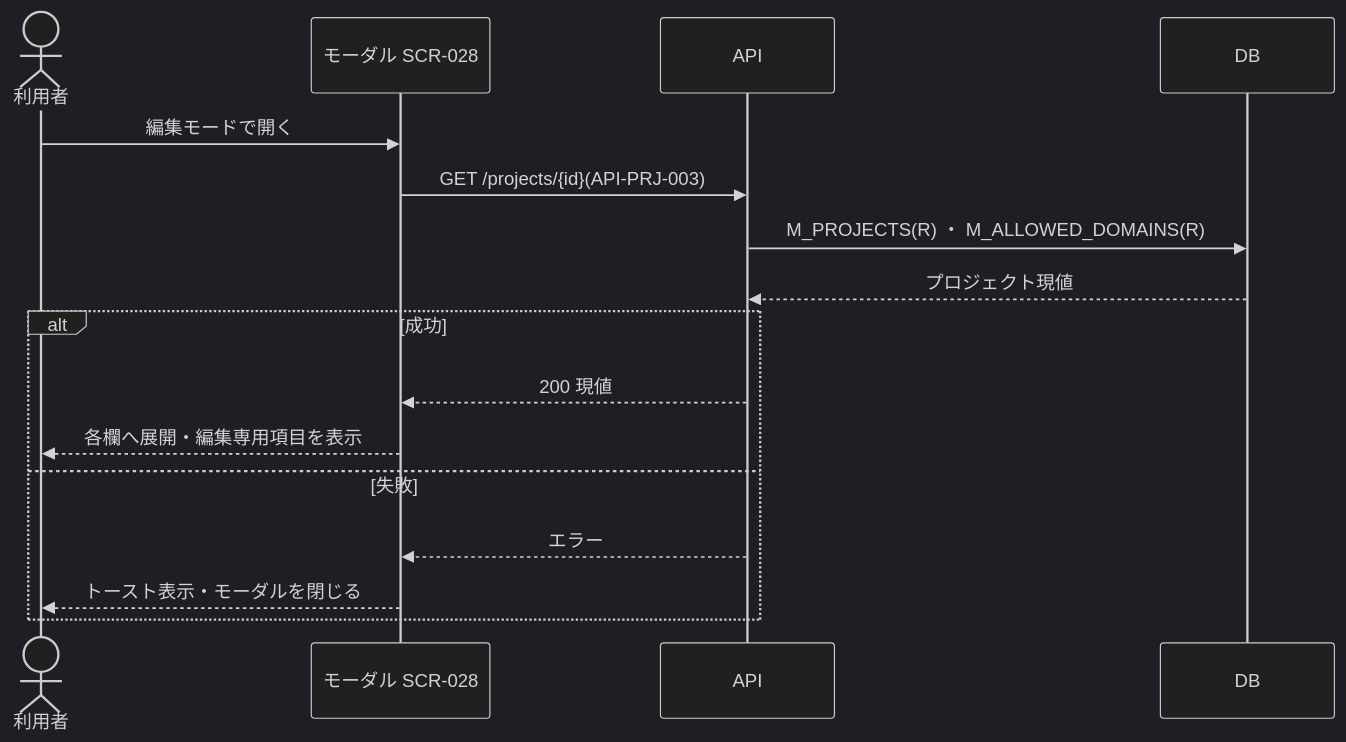
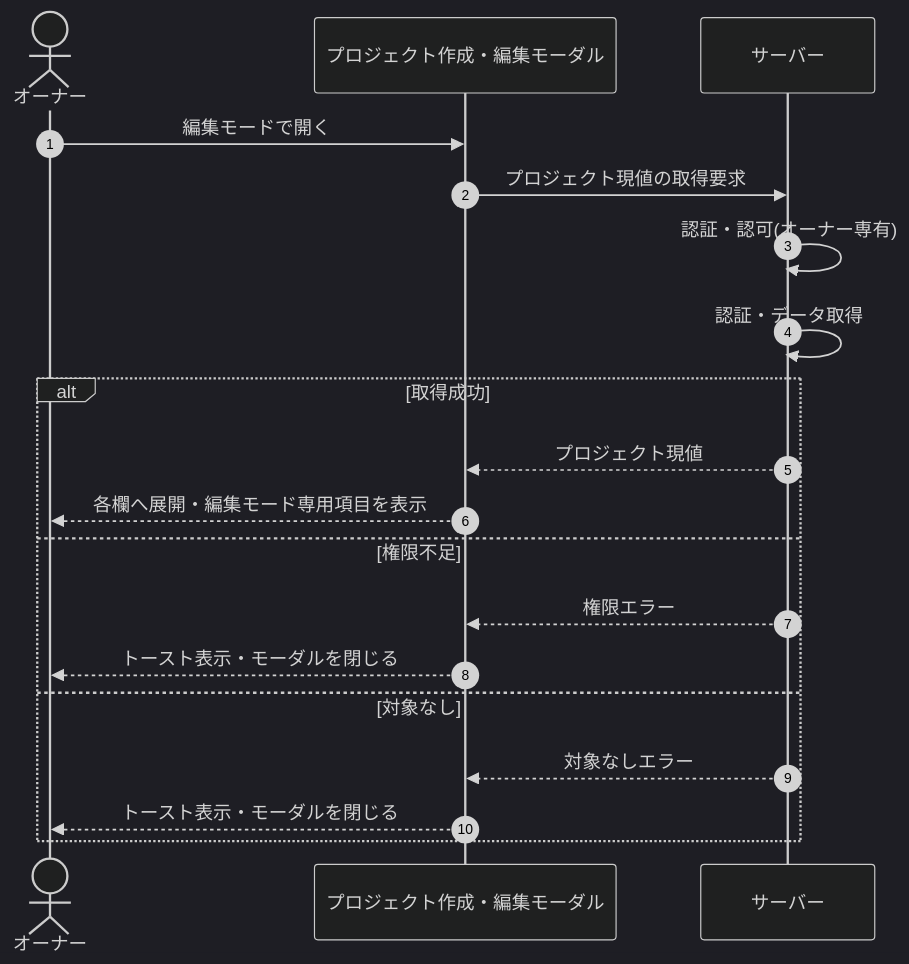
The diagram in 02_basic_design/05_sequences/SEQ-010.md (sikakou54/open-faq), drawn with Mermaid (dark theme) before and after one commit. The commit also changed other lines of this file and 108 other files, not shown here.

First line of the commit message:
基本設計: シーケンス図を基本設計粒度(ユーザー/画面/サーバー)へ再編成

````diff
--- a/02_basic_design/05_sequences/SEQ-010.md
+++ b/02_basic_design/05_sequences/SEQ-010.md
@@ -25,18 +32,21 @@
 ```mermaid
 sequenceDiagram
-  actor U as 利用者
-  participant S as モーダル SCR-028
-  participant API as API
-  participant DB as DB
-  U->>S: 編集モードで開く
-  S->>API: GET /projects/{id}(API-PRJ-003)
-  API->>DB: M_PROJECTS(R) ・ M_ALLOWED_DOMAINS(R)
-  DB-->>API: プロジェクト現値
-  alt 成功
-    API-->>S: 200 現値
-    S-->>U: 各欄へ展開・編集専用項目を表示
-  else 失敗
-    API-->>S: エラー
-    S-->>U: トースト表示・モーダルを閉じる
+  autonumber
+  actor U as オーナー
+  participant Screen as プロジェクト作成・編集モーダル
+  participant Server as サーバー
+  U->>Screen: 編集モードで開く
+  Screen->>Server: プロジェクト現値の取得要求
+  Server->>Server: 認証・認可(オーナー専有)
+  Server->>Server: 認証・データ取得
+  alt 取得成功
+    Server-->>Screen: プロジェクト現値
+    Screen-->>U: 各欄へ展開・編集モード専用項目を表示
+  else 権限不足
+    Server-->>Screen: 権限エラー
+    Screen-->>U: トースト表示・モーダルを閉じる
+  else 対象なし
+    Server-->>Screen: 対象なしエラー
+    Screen-->>U: トースト表示・モーダルを閉じる
   end
 ```
````
